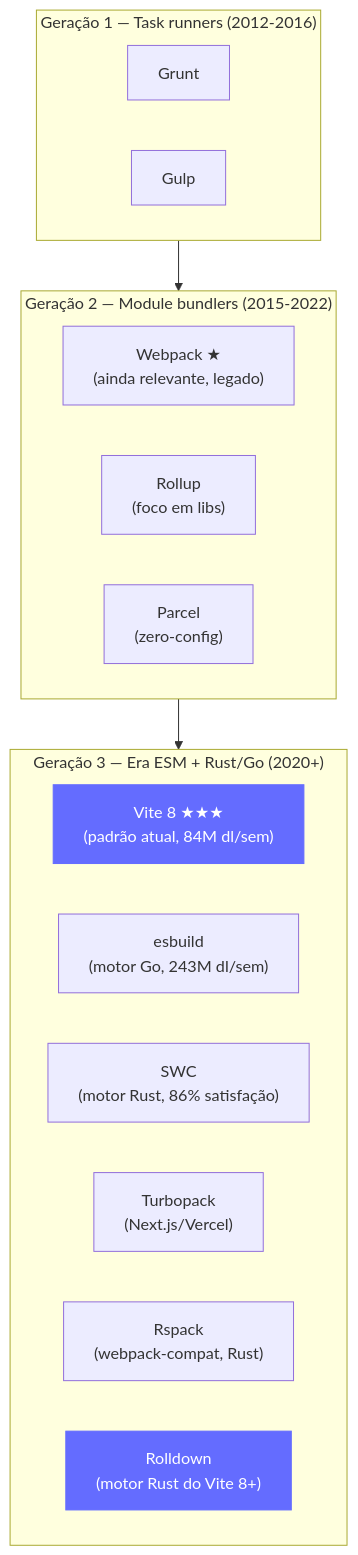
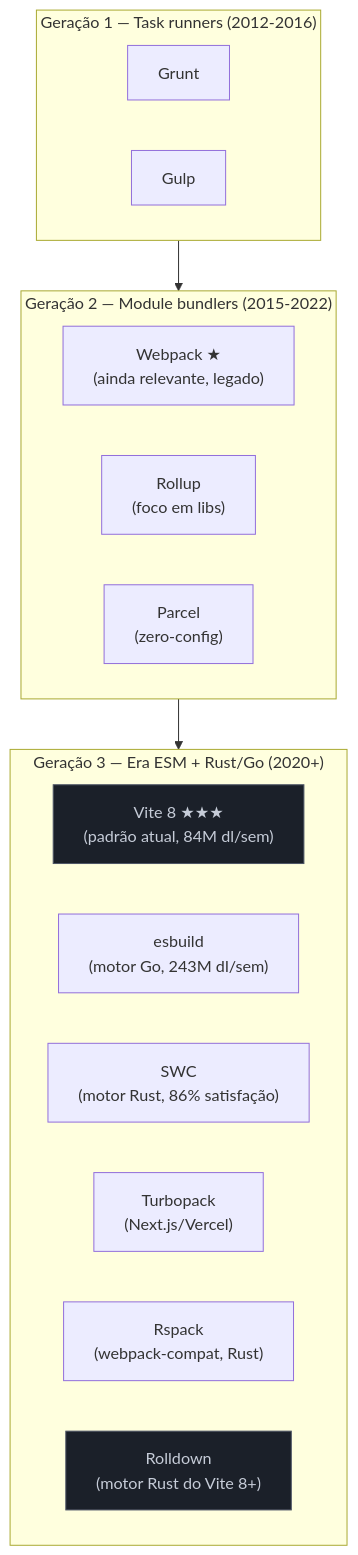
Before and after one commit to josenaldo/codex-technomanticus: the third of 5 diagrams in 03-Dominios/Tecnologia/Tooling e Build/01 - Por que tooling e build existem.md, drawn with Mermaid. The commit also changed other lines of this file and 1181 other files, not shown here.

First line of the commit message:
fix(diagramas): paleta do sistema no lugar de cor cravada no markdown

````diff
--- a/03-Dominios/Tecnologia/Tooling e Build/01 - Por que tooling e build existem.md
+++ b/03-Dominios/Tecnologia/Tooling e Build/01 - Por que tooling e build existem.md
@@ -176,27 +177,28 @@
 ```mermaid
 graph TD
+    classDef neutro fill:#1B2029,stroke:#4E5666,color:#C6CCD8
     subgraph GERACAO1["Geração 1 — Task runners (2012-2016)"]
         GRUNT["Grunt"]
         GULP["Gulp"]
     end
 
     subgraph GERACAO2["Geração 2 — Module bundlers (2015-2022)"]
         WP["Webpack ★\n(ainda relevante, legado)"]
         ROLLUP["Rollup\n(foco em libs)"]
         PARCEL["Parcel\n(zero-config)"]
     end
 
     subgraph GERACAO3["Geração 3 — Era ESM + Rust/Go (2020+)"]
         VITE["Vite 8 ★★★\n(padrão atual, 84M dl/sem)"]
         ESBUILD["esbuild\n(motor Go, 243M dl/sem)"]
         SWC["SWC\n(motor Rust, 86% satisfação)"]
         TURBOPACK["Turbopack\n(Next.js/Vercel)"]
         RSPACK["Rspack\n(webpack-compat, Rust)"]
         ROLLDOWN["Rolldown\n(motor Rust do Vite 8+)"]
     end
 
     GERACAO1 --> GERACAO2 --> GERACAO3
 
-    style VITE fill:#646cff,stroke:#646cff,color:#fff
-    style ROLLDOWN fill:#646cff,stroke:#646cff,color:#fff
+    class VITE neutro
+    class ROLLDOWN neutro
 ```
````
